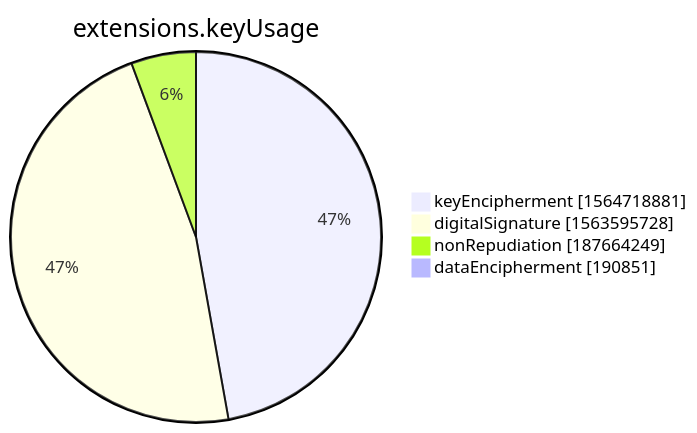
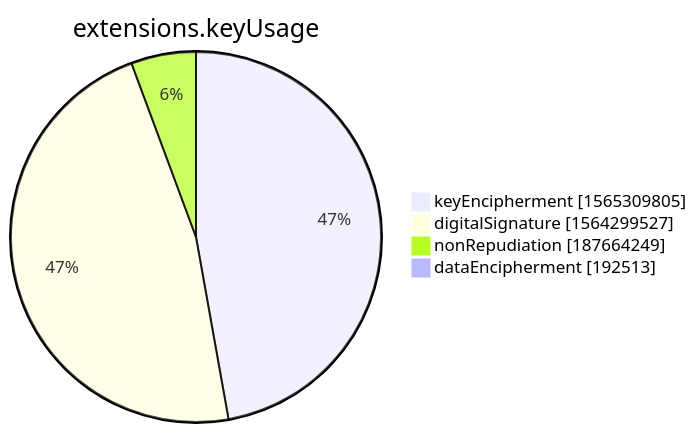
The seventh of 15 diagrams in xenon2022/README.md (christiankrug/ctmonitor_visualization), drawn with Mermaid before and after one commit. The commit also changed other lines of this file, not shown here.

````diff
--- a/xenon2022/README.md
+++ b/xenon2022/README.md
@@ -2853,8 +2853,8 @@
 ```mermaid
 pie showData
 title extensions.keyUsage
-"keyEncipherment" :1564718881
-"digitalSignature" :1563595728
+"keyEncipherment" :1565309805
+"digitalSignature" :1564299527
 "nonRepudiation" :187664249
-"dataEncipherment" :190851
+"dataEncipherment" :192513
 ```
````
